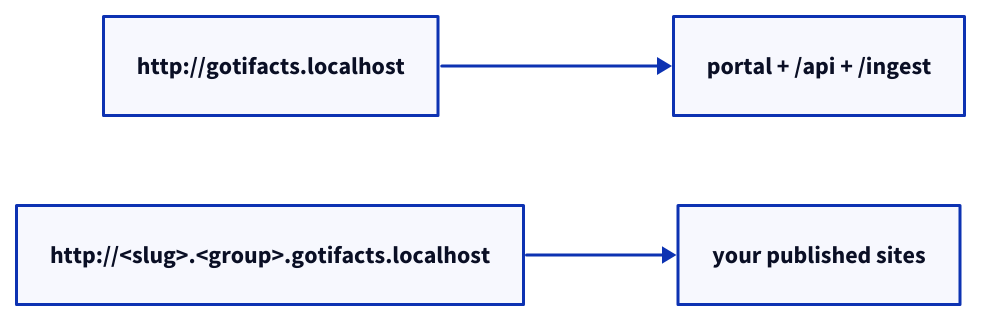
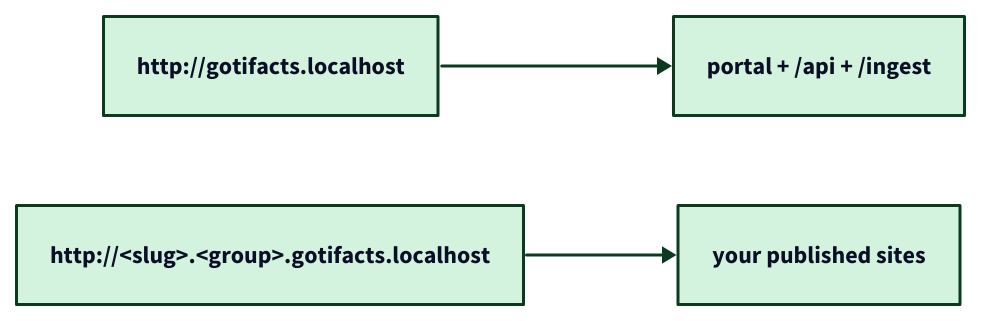
One commit to lmgarret/gotifacts changed the diagram in docs/src/content/docs/tutorials/run-locally.md. Above: the diagram before and after it, drawn with D2. The commit also changed 1 other file, not shown here.

Commit message:
docs: theme D2 diagrams to the site's green brand palette
Override the D2 B-ramp (light + dark) with the green tokens from
custom.css so diagrams match the docs accent in both color schemes.

````diff
--- a/docs/src/content/docs/tutorials/run-locally.md
+++ b/docs/src/content/docs/tutorials/run-locally.md
@@ -129,11 +129,25 @@
 ```d2
+# Recolor the D2 palette to the docs' green brand (see src/styles/custom.css).
+vars: {
+  d2-config: {
+    theme-overrides: {
+      B1: "#0c3a1f"; B2: "#11351f"; B3: "#15803d"
+      B4: "#1a7f3c"; B5: "#6ee79b"; B6: "#d4f3df"
+    }
+    dark-theme-overrides: {
+      B1: "#d4f3df"; B2: "#b3ecc4"; B3: "#6ee79b"
+      B4: "#208a43"; B5: "#11351f"; B6: "#0c3a1f"
+    }
+  }
+}
+
 direction: right
 
 apex: "http://gotifacts.localhost"
 portal: portal + /api + /ingest
 site: "http://<slug>.<group>.gotifacts.localhost"
 content: your published sites
 
 apex -> portal
 site -> content
 ```
````
